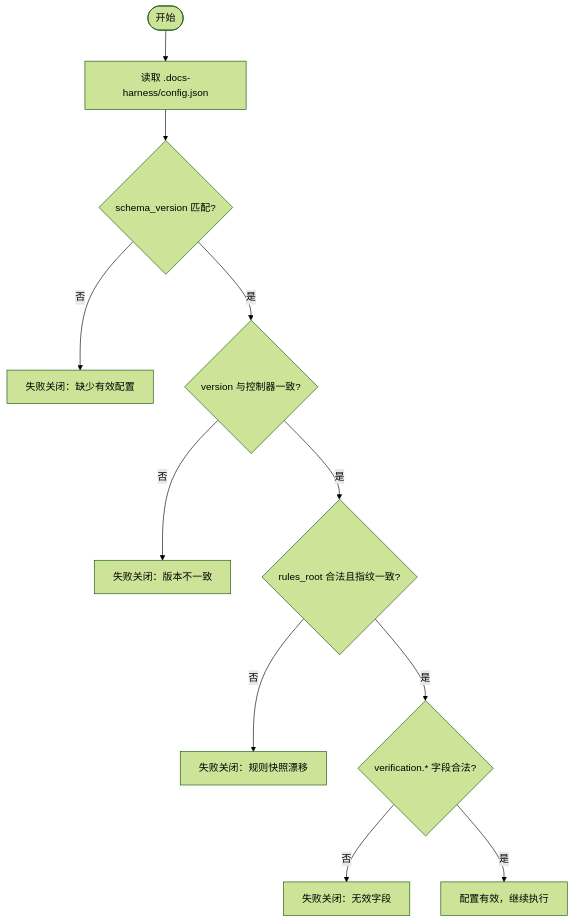
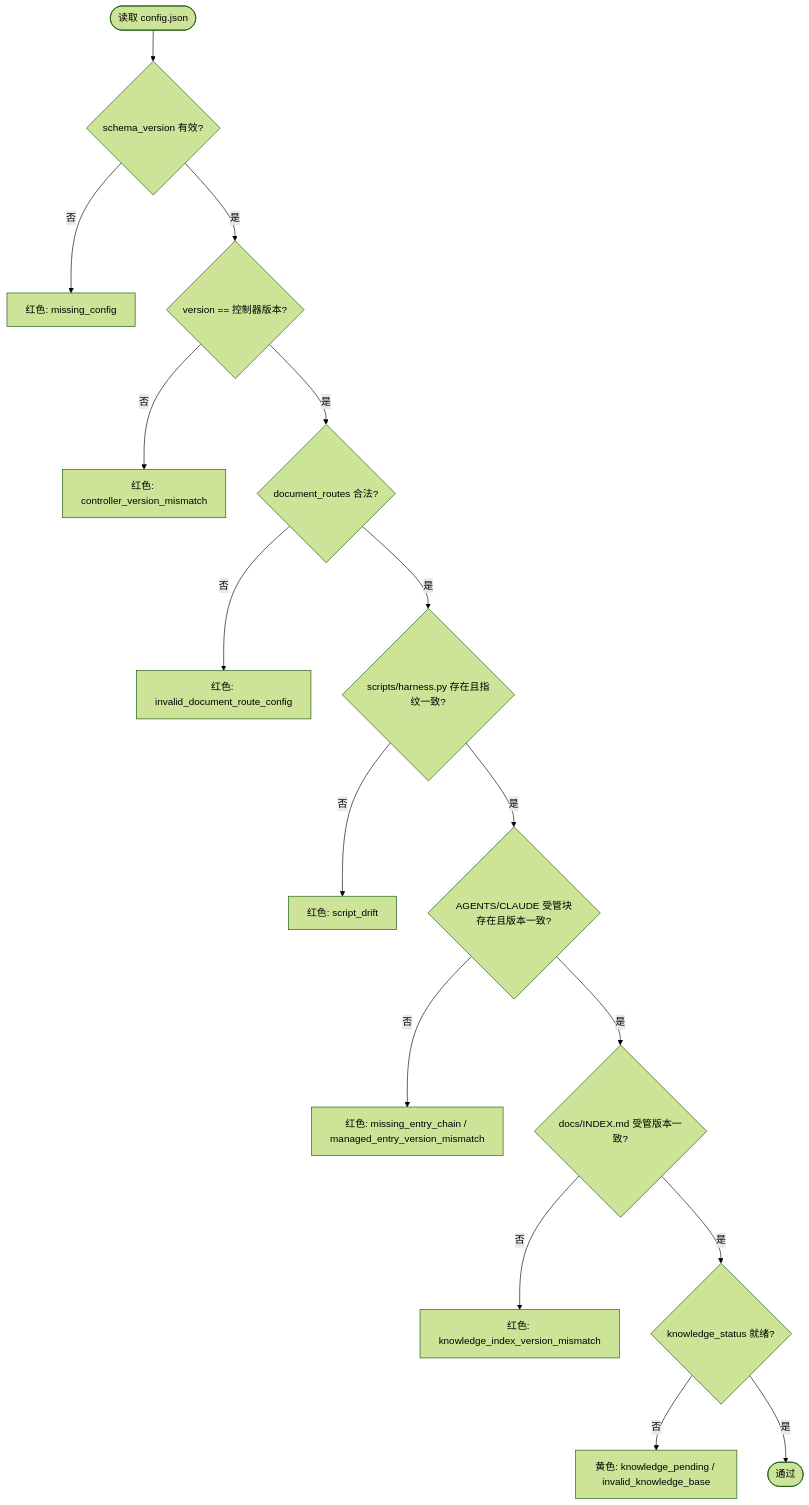
One commit to HackSing/docs-harness changed the third of 6 diagrams in .qoder/repowiki/zh/content/高级主题/部署与运维/配置管理.md. Above: the diagram before and after it, drawn with Mermaid (forest theme). The commit also changed other lines of this file and 20 other files, not shown here.

Commit message:
docs: sync .qoder repowiki knowledge base regeneration

````diff
--- a/.qoder/repowiki/zh/content/高级主题/部署与运维/配置管理.md
+++ b/.qoder/repowiki/zh/content/高级主题/部署与运维/配置管理.md
@@ -168,13 +116,18 @@
 ```mermaid
 flowchart TD
-Start(["开始"]) --> ReadCfg["读取 .docs-harness/config.json"]
-ReadCfg --> ValidateSchema{"schema_version 匹配?"}
-ValidateSchema --> |否| FailClosed["失败关闭：缺少有效配置"]
-ValidateSchema --> |是| CheckVersion{"version 与控制器一致?"}
-CheckVersion --> |否| VersionMismatch["失败关闭：版本不一致"]
-CheckVersion --> |是| ValidateRules{"rules_root 合法且指纹一致?"}
-ValidateRules --> |否| RuleDrift["失败关闭：规则快照漂移"]
-ValidateRules --> |是| VerifyFields{"verification.* 字段合法?"}
-VerifyFields --> |否| InvalidField["失败关闭：无效字段"]
-VerifyFields --> |是| Success["配置有效，继续执行"]
+Start(["读取 config.json"]) --> CheckSchema{"schema_version 有效?"}
+CheckSchema --> |否| RedMissing["红色: missing_config"]
+CheckSchema --> |是| CheckVersion{"version == 控制器版本?"}
+CheckVersion --> |否| RedMismatch["红色: controller_version_mismatch"]
+CheckVersion --> |是| CheckRoutes{"document_routes 合法?"}
+CheckRoutes --> |否| RedRoute["红色: invalid_document_route_config"]
+CheckRoutes --> |是| CheckScript{"scripts/harness.py 存在且指纹一致?"}
+CheckScript --> |否| RedDrift["红色: script_drift"]
+CheckScript --> |是| CheckEntries{"AGENTS/CLAUDE 受管块存在且版本一致?"}
+CheckEntries --> |否| RedEntry["红色: missing_entry_chain / managed_entry_version_mismatch"]
+CheckEntries --> |是| CheckDocsIndex{"docs/INDEX.md 受管版本一致?"}
+CheckDocsIndex --> |否| RedIndex["红色: knowledge_index_version_mismatch"]
+CheckDocsIndex --> |是| CheckKnowledge{"knowledge_status 就绪?"}
+CheckKnowledge --> |否| YellowKB["黄色: knowledge_pending / invalid_knowledge_base"]
+CheckKnowledge --> |是| Done(["通过"])
 ```
````
